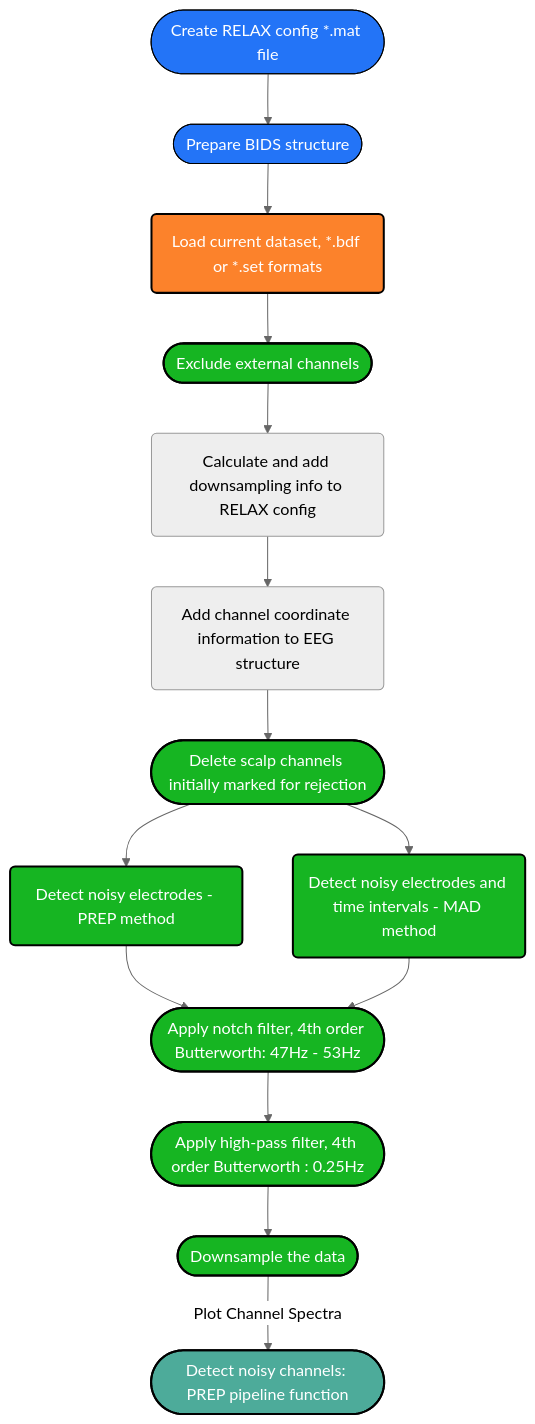
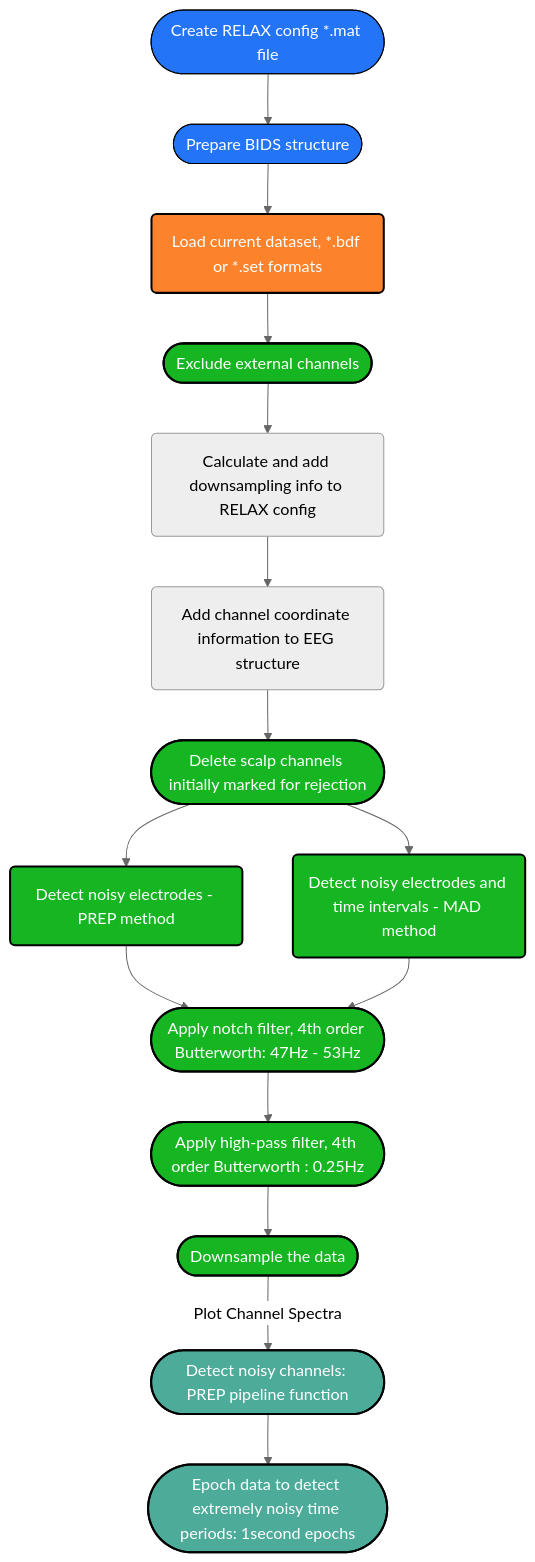
Before and after one commit to deebeebolger/Project_CeLaVie: the diagram in Pipeline_Datafow_Chart.md, drawn with Mermaid (neutral theme).

````diff
--- a/Pipeline_Datafow_Chart.md
+++ b/Pipeline_Datafow_Chart.md
@@ -1,37 +1,38 @@
 ```mermaid
 flowchart TD
 %% Colors %%
 
 classDef blue fill:#2374f7, stroke:#000, stroke-width: px, color:#fff
 classDef orange fill:#fc822b,stroke:#000,stroke-width:2px,color:#fff
 classDef green fill:#16b522,stroke:#000,stroke-width:2px,color:#fff
 classDef mintgreen fill:#4DAB9A,stroke:#000,stroke-width:2px,color:#fff
 classDef mandarine fill:#FFA344,stroke:#000,stroke-width:2px,color:#fff
 classDef aubergine fill:#9A6DD7,stroke:#000,stroke-width:2px,color:#fff
 classDef red fill:#D44C47,stroke:#000,stroke-width:2px,color:#fff
 classDef grey fill:#979A9B,stroke:#000,stroke-width:2px,color:#fff
 
 
 Config([Create RELAX config *.mat file]):::blue -->
 BIDS([Prepare BIDS structure]):::blue
 click Config "https://github.com/deebeebolger/Project_CeLaVie/blob/main/DataflowChart_pages/Create_RELAX_conf_file.md" "Link"
 click BIDS "https://github.com/deebeebolger/Project_CeLaVie/blob/main/DataflowChart_pages/BIDS_structure.md" "Link"
 BIDS --> Ld(Load current dataset, *.bdf or *.set formats):::orange
 --> EXRej([Exclude external channels]):::green
 click EXRej "https://github.com/deebeebolger/Project_CeLaVie/blob/main/DataflowChart_pages/Exclude_external_chans.md" _blank
 EXRej --> AddRS(Calculate and add downsampling info to RELAX config)
 click AddRS "https://github.com/deebeebolger/Project_CeLaVie/blob/main/DataflowChart_pages/Downsampling.md" "Link"
 AddRS --> AddChan(Add channel coordinate information to EEG structure)
 click AddChan "https://github.com/deebeebolger/Project_CeLaVie/blob/main/DataflowChart_pages/Add_Channels_coordinates.md" "Link"
 AddChan --> ScalpRej([Delete scalp channels initially marked for rejection]):::green
 ScalpRej --> BadChanDetect(Detect noisy electrodes - PREP method):::green
 ScalpRej --> BadChanTimeDetect(Detect noisy electrodes and time intervals - MAD method):::green
 click BadChanDetect "https://github.com/deebeebolger/Project_CeLaVie/blob/main/DataflowChart_pages/BadChannelDetect_PREP.md" "Link"
 click BadChanTimeDetect "https://github.com/deebeebolger/Project_CeLaVie/blob/main/DataflowChart_pages/Bad_ChannelTime_Detect_MAD.md" "Link"
 BadChanDetect --> Notch([Apply notch filter, 4th order Butterworth: 47Hz - 53Hz]):::green
 BadChanTimeDetect --> Notch([Apply notch filter, 4th order Butterworth: 47Hz - 53Hz]):::green
 click Notch "https://github.com/deebeebolger/Project_CeLaVie/blob/main/DataflowChart_pages/Filtering.md" "Link"
 Notch --> HPfilt([Apply high-pass filter, 4th order Butterworth : 0.25Hz]):::green
 HPfilt --> RSamp([Downsample the data]):::green
 RSamp -->|Plot Channel Spectra|Prep([Detect noisy channels: PREP pipeline function]):::mintgreen
+Prep --> EpClean([Epoch data to detect extremely noisy time periods: 1second epochs]):::mintgreen
 ```
````
